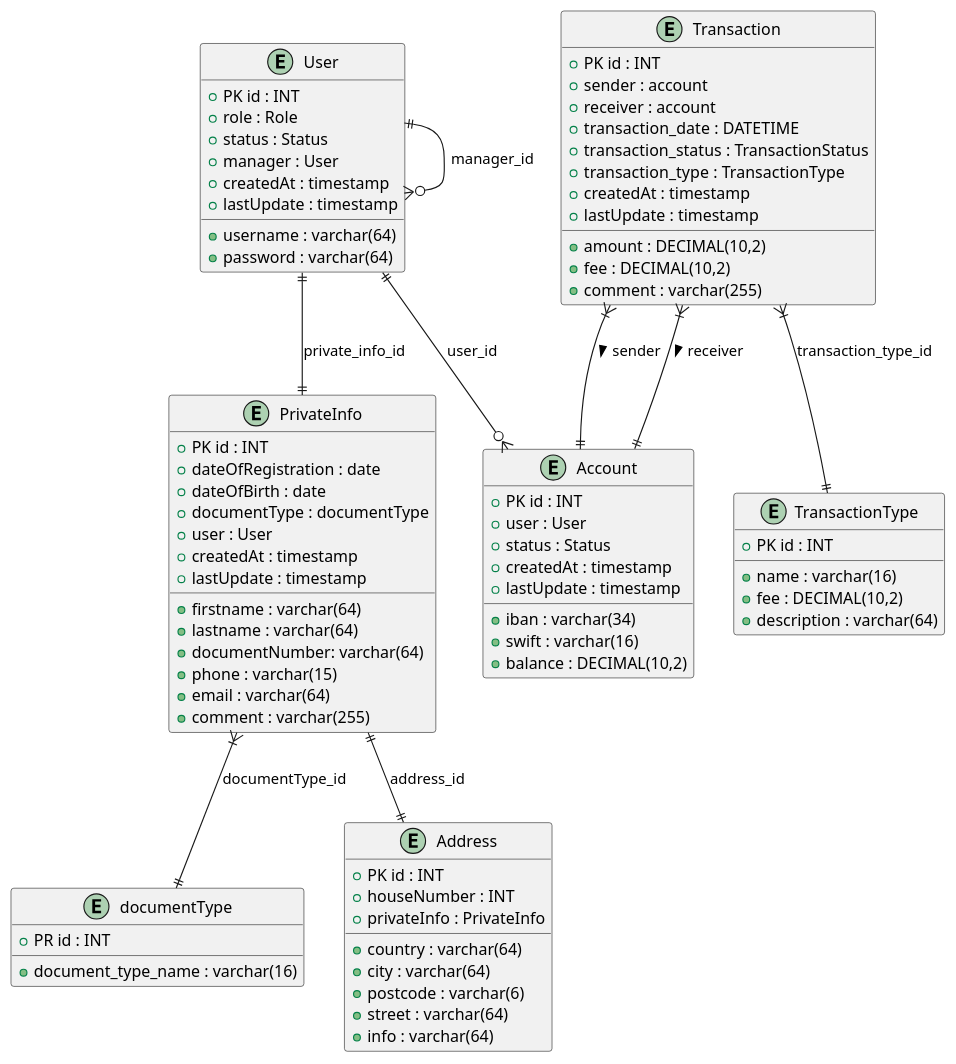
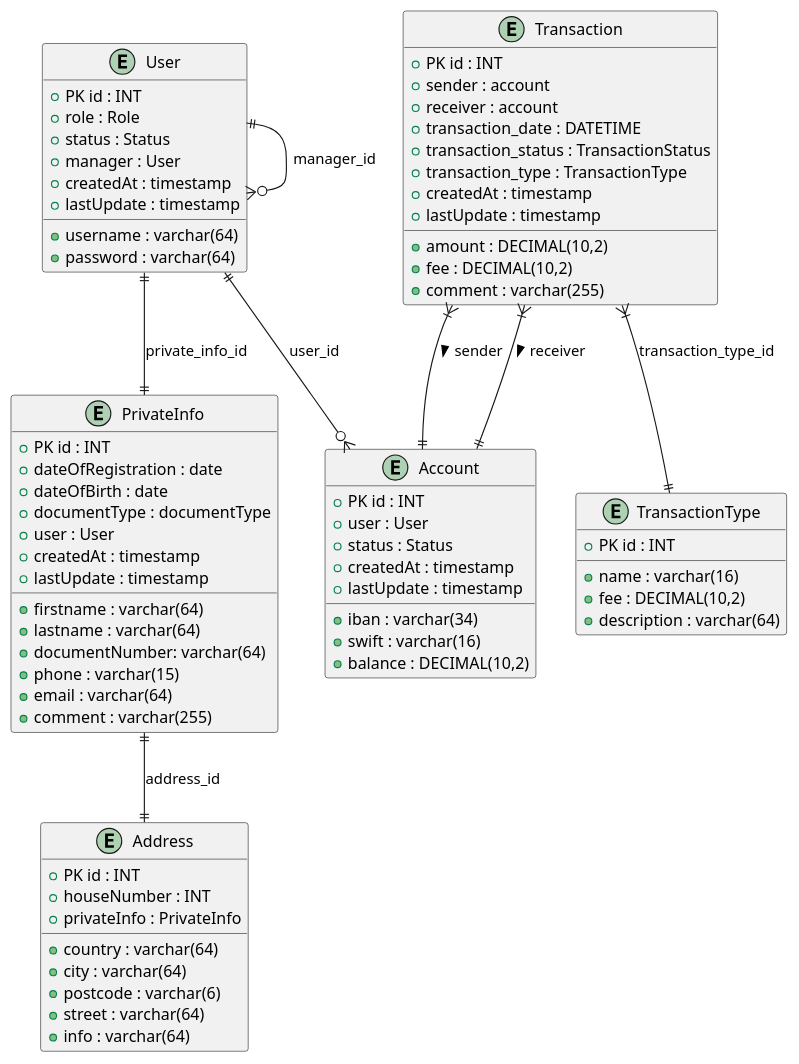
Before and after one commit to jolivuk/ProjectBankSystem: the diagram in src/Diagram.puml, drawn with PlantUML.

Commit message:
change uml Diagram

```diff
--- a/src/Diagram.puml
+++ b/src/Diagram.puml
@@ -1,89 +1,85 @@
 @startuml
 
 entity User {
    + PK id : INT
    + username : varchar(64)
    + password : varchar(64)
    + role : Role
    + status : Status
    + manager : User
    + createdAt : timestamp
    + lastUpdate : timestamp
 }
 
 entity PrivateInfo {
    + PK id : INT
    + firstname : varchar(64)
    + lastname : varchar(64)
    + dateOfRegistration : date
    + dateOfBirth : date
    + documentType : documentType
    + documentNumber: varchar(64)
    + phone : varchar(15)
    + email : varchar(64)
    + comment : varchar(255)
    + user : User
    + createdAt : timestamp
    + lastUpdate : timestamp
 }
 
-entity documentType{
-    + PR id : INT
-    + document_type_name : varchar(16)
-}
+
 
 entity Address {
    + PK id : INT
    + country : varchar(64)
    + city : varchar(64)
    + postcode : varchar(6)
    + street : varchar(64)
    + houseNumber : INT
    + privateInfo : PrivateInfo
    + info : varchar(64)
 }
 
 entity Account {
    + PK id : INT
    + user : User
    + iban : varchar(34)
    + swift : varchar(16)
    + status : Status
    + balance : DECIMAL(10,2)
    + createdAt : timestamp
    + lastUpdate : timestamp
 }
 
 
 entity Transaction {
    + PK id : INT
    + sender : account
    + receiver : account
    + amount : DECIMAL(10,2)
    + fee : DECIMAL(10,2)
    + comment : varchar(255)
    + transaction_date : DATETIME
    + transaction_status : TransactionStatus
    + transaction_type : TransactionType
    + createdAt : timestamp
    + lastUpdate : timestamp
 }
 
 entity TransactionType {
    + PK id : INT
    + name : varchar(16)
    + fee : DECIMAL(10,2)
    + description : varchar(64)
 }
 
 User ||--|| PrivateInfo : private_info_id
 User ||--o{ User : manager_id
 User ||--o{ Account : user_id
 PrivateInfo ||--|| Address : address_id
-PrivateInfo }|--|| documentType : documentType_id
 
 Transaction }|--|| Account : sender >
 Transaction }|--|| Account : receiver >
 Transaction }|--|| TransactionType : transaction_type_id
 
 @enduml
```
